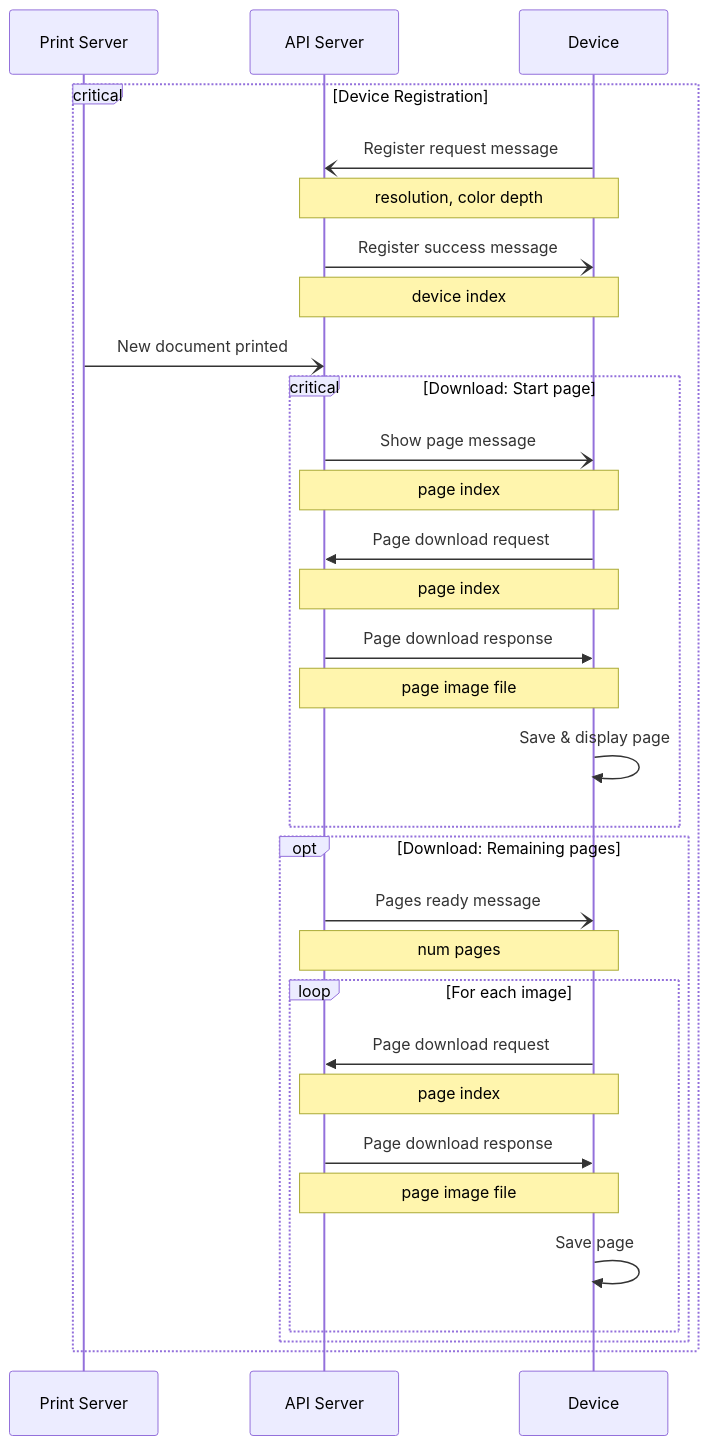
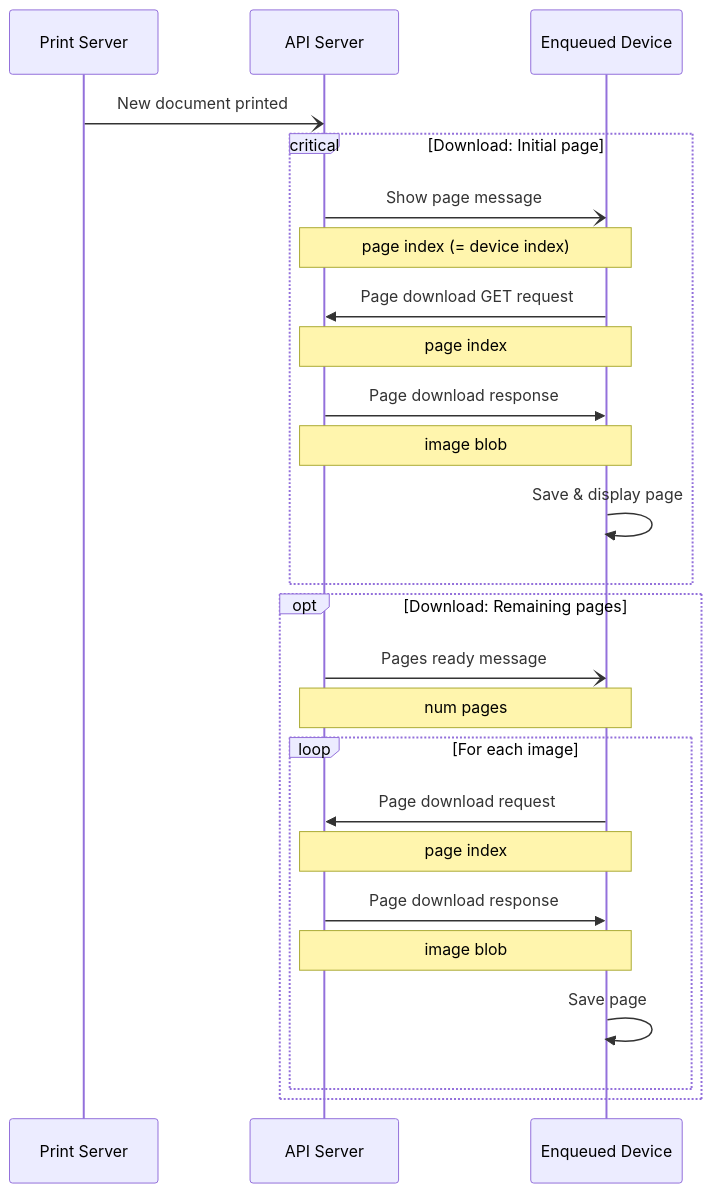
The third of 4 diagrams in docs/communication.md (PDA-UR/inkplate-printer), drawn with Mermaid before and after one commit. The commit also changed other lines of this file, not shown here.

````diff
--- a/docs/communication.md
+++ b/docs/communication.md
@@ -9,42 +91,33 @@
 ```mermaid
 sequenceDiagram
     participant P as Print Server
     participant S as API Server
-    participant D as Device
-
+    participant D as Enqueued Device
 
     %% ->>: synchronous
     %% -): asynchronous
 
-    critical Device Registration
-        D -) S: Register request message
-        Note over S,D: resolution, color depth
-        S -) D: Register success message
-        Note over S,D: device index
+    P -) S: New document printed
 
-        P -) S: New document printed
+    critical Download: Initial page
+        S -) D: Show page message
+        Note over S,D: page index (= device index)
+        D ->> S: Page download GET request
+        Note over S,D: page index
+        S ->> D: Page download response
+        Note over S,D: image blob
+        D ->> D: Save & display page
+    end
 
-        critical Download: Start page
-            S -) D: Show page message
-            Note over S,D: page index
+    opt Download: Remaining pages
+        S -) D: Pages ready message
+        Note over S,D: num pages
+        loop For each image
             D ->> S: Page download request
             Note over S,D: page index
             S ->> D: Page download response
-            Note over S,D: page image file
-            D ->> D: Save & display page
+            Note over S,D: image blob
+            D ->> D: Save page
         end
-
-        opt Download: Remaining pages
-            S -) D: Pages ready message
-            Note over S,D: num pages
-            loop For each image
-                D ->> S: Page download request
-                Note over S,D: page index
-                S ->> D: Page download response
-                Note over S,D: page image file
-                D ->> D: Save page
-            end
-        end
-
     end
 ```
````
